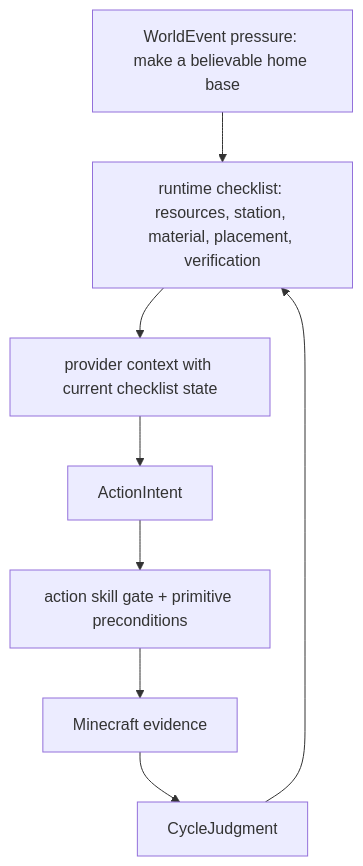
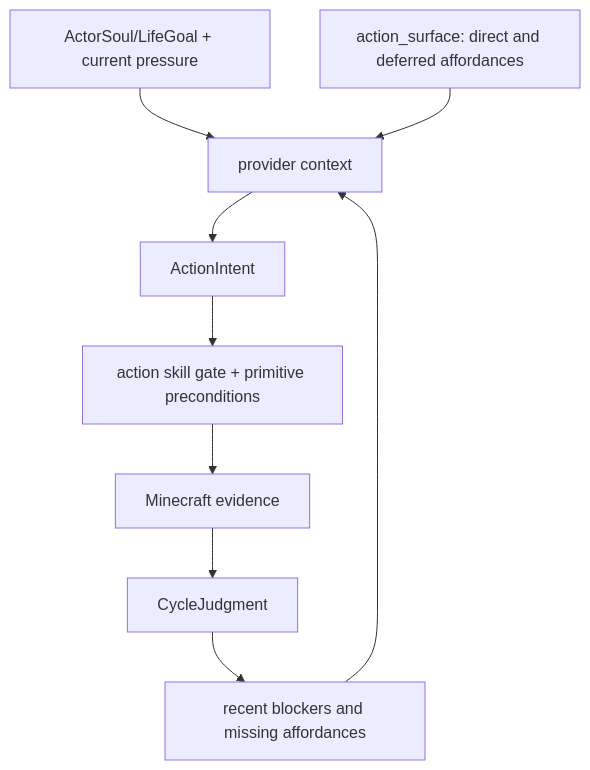
The first of 2 diagrams in docs/docs/Architecture/Future-Works.md (gigio1023/minecraft-llm-agent-community), drawn with Mermaid before and after one commit. The commit also changed other lines of this file and 62 other files, not shown here.

````diff
--- a/docs/docs/Architecture/Future-Works.md
+++ b/docs/docs/Architecture/Future-Works.md
@@ -129,18 +147,20 @@
 ```mermaid
 flowchart TD
-  HomePressure["WorldEvent pressure: make a believable home base"]
-  Checklist["runtime checklist: resources, station, material, placement, verification"]
-  Context["provider context with current checklist state"]
+  Pressure["ActorSoul/LifeGoal + current pressure"]
+  Surface["action_surface: direct and deferred affordances"]
+  Blockers["recent blockers and missing affordances"]
+  Context["provider context"]
   Intent["ActionIntent"]
   Gate["action skill gate + primitive preconditions"]
   Evidence["Minecraft evidence"]
   Judgment["CycleJudgment"]
 
-  HomePressure --> Checklist
-  Checklist --> Context
+  Pressure --> Context
+  Surface --> Context
+  Blockers --> Context
   Context --> Intent
   Intent --> Gate
   Gate --> Evidence
   Evidence --> Judgment
-  Judgment --> Checklist
+  Judgment --> Blockers
 ```
````
